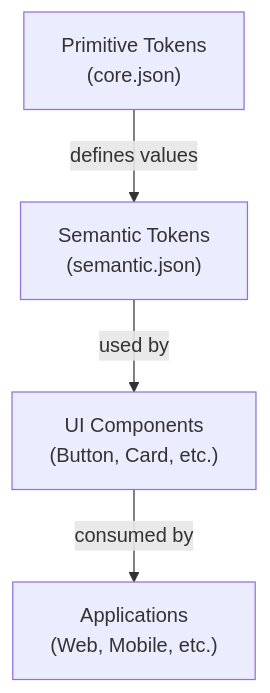
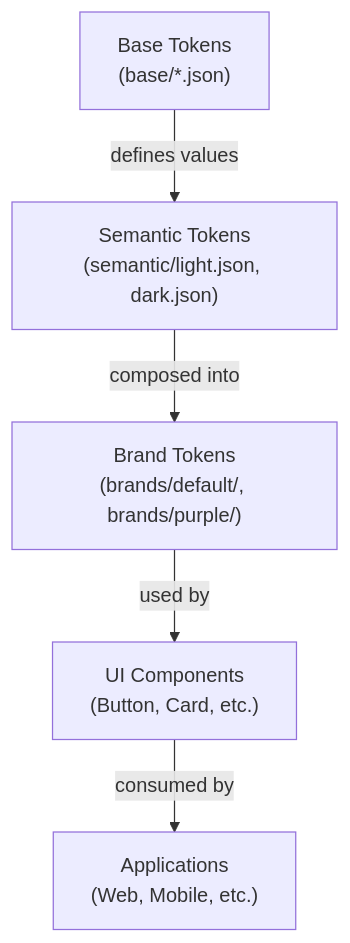
The first of 4 diagrams in docs/ARCHITECTURE.md (thatguycodes/quartz-xp), drawn with Mermaid before and after one commit. The commit also changed other lines of this file and 10 other files, not shown here.

````diff
--- a/docs/ARCHITECTURE.md
+++ b/docs/ARCHITECTURE.md
@@ -55,6 +57,7 @@
 ```mermaid
 graph TD
-    A["Primitive Tokens<br/>(core.json)"] -->|defines values| B["Semantic Tokens<br/>(semantic.json)"]
-    B -->|used by| C["UI Components<br/>(Button, Card, etc.)"]
+    A["Base Tokens<br/>(base/*.json)"] -->|defines values| B["Semantic Tokens<br/>(semantic/light.json, dark.json)"]
+    B -->|composed into| E["Brand Tokens<br/>(brands/default/, brands/purple/)"]
+    E -->|used by| C["UI Components<br/>(Button, Card, etc.)"]
     C -->|consumed by| D["Applications<br/>(Web, Mobile, etc.)"]
 ```
````
